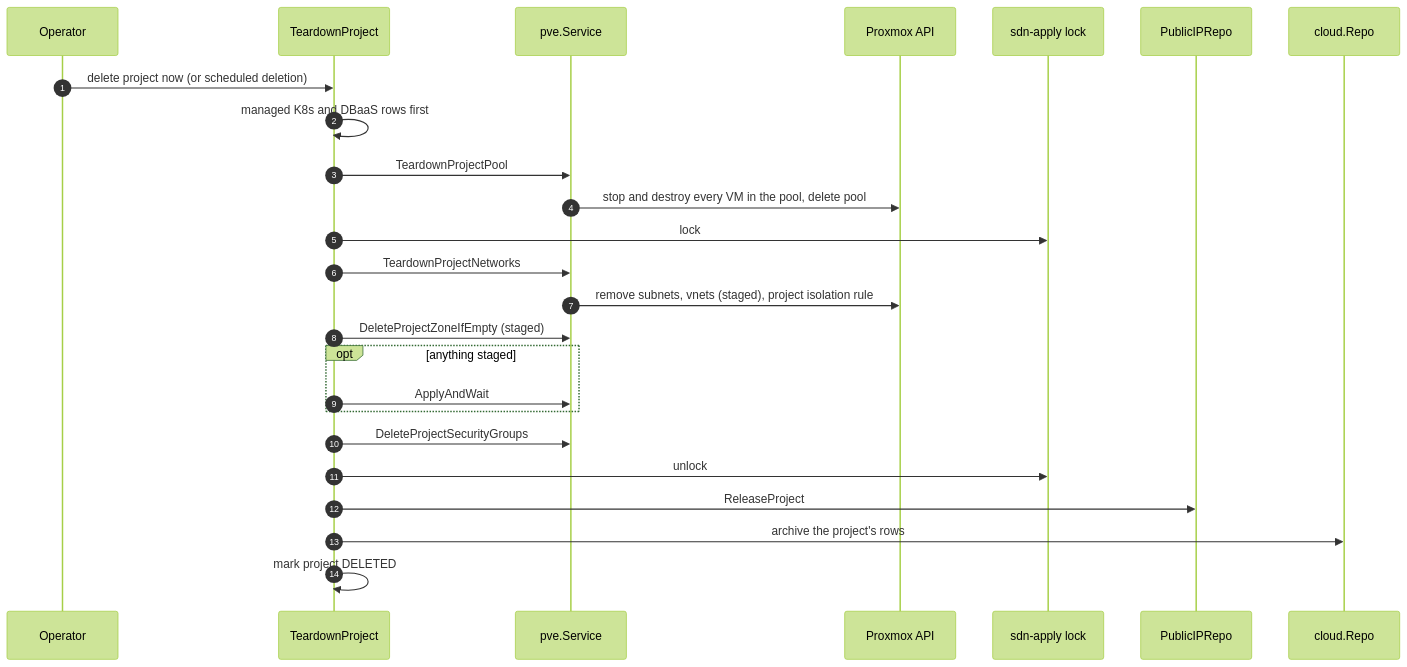
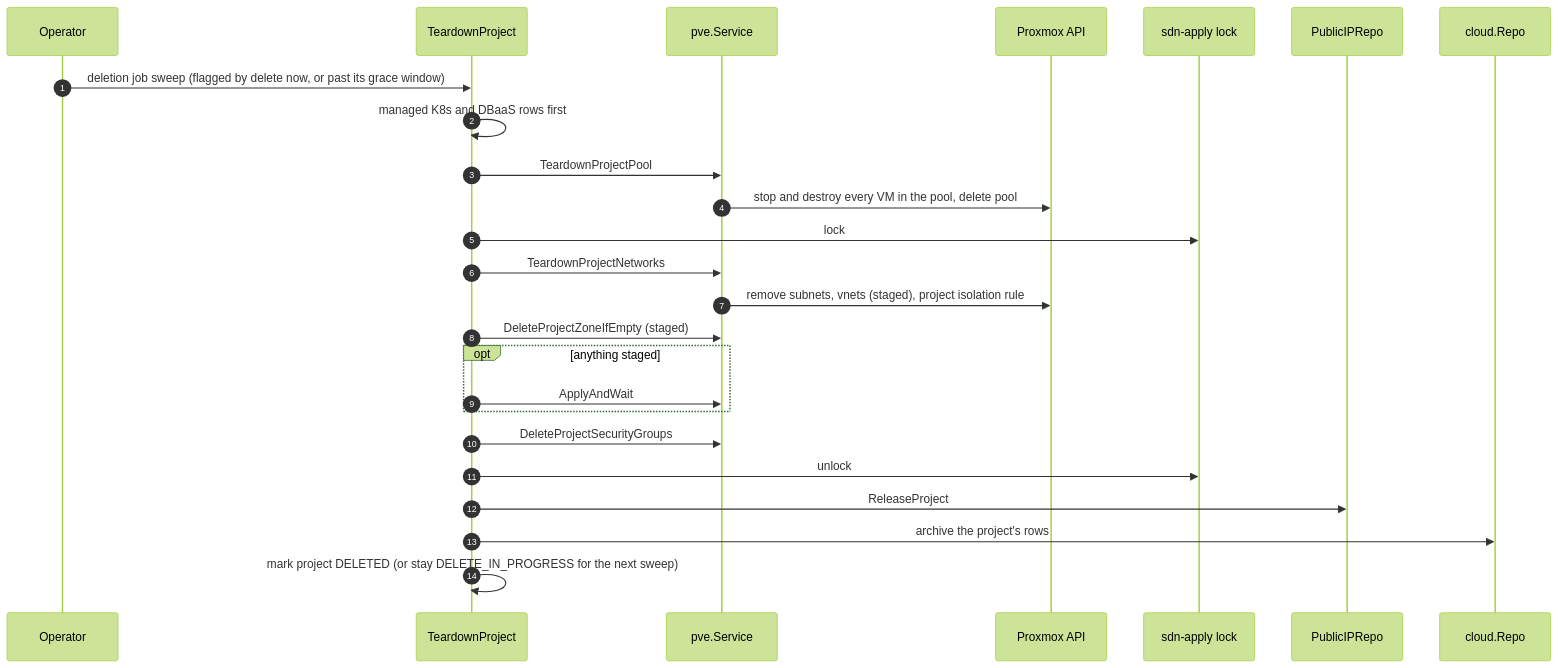
The sixth of 7 diagrams in docs/architecture/c4/c4-code.md (mutex-solutions/proxcloud), drawn with Mermaid (forest theme) before and after one commit. The commit also changed 8 other files, not shown here.

First line of the commit message:
fix(project): run admin delete-now through the deletion job

````diff
--- a/docs/architecture/c4/c4-code.md
+++ b/docs/architecture/c4/c4-code.md
@@ -345,28 +345,28 @@
 ```mermaid
 sequenceDiagram
   autonumber
   participant OP as Operator
   participant T as TeardownProject
   participant PS as pve.Service
   participant PVE as Proxmox API
   participant L as sdn-apply lock
   participant IP as PublicIPRepo
   participant R as cloud.Repo
 
-  OP->>T: delete project now (or scheduled deletion)
+  OP->>T: deletion job sweep (flagged by delete now, or past its grace window)
   T->>T: managed K8s and DBaaS rows first
   T->>PS: TeardownProjectPool
   PS->>PVE: stop and destroy every VM in the pool, delete pool
   T->>L: lock
   T->>PS: TeardownProjectNetworks
   PS->>PVE: remove subnets, vnets (staged), project isolation rule
   T->>PS: DeleteProjectZoneIfEmpty (staged)
   opt anything staged
     T->>PS: ApplyAndWait
   end
   T->>PS: DeleteProjectSecurityGroups
   T->>L: unlock
   T->>IP: ReleaseProject
   T->>R: archive the project's rows
-  T->>T: mark project DELETED
+  T->>T: mark project DELETED (or stay DELETE_IN_PROGRESS for the next sweep)
 ```
````
